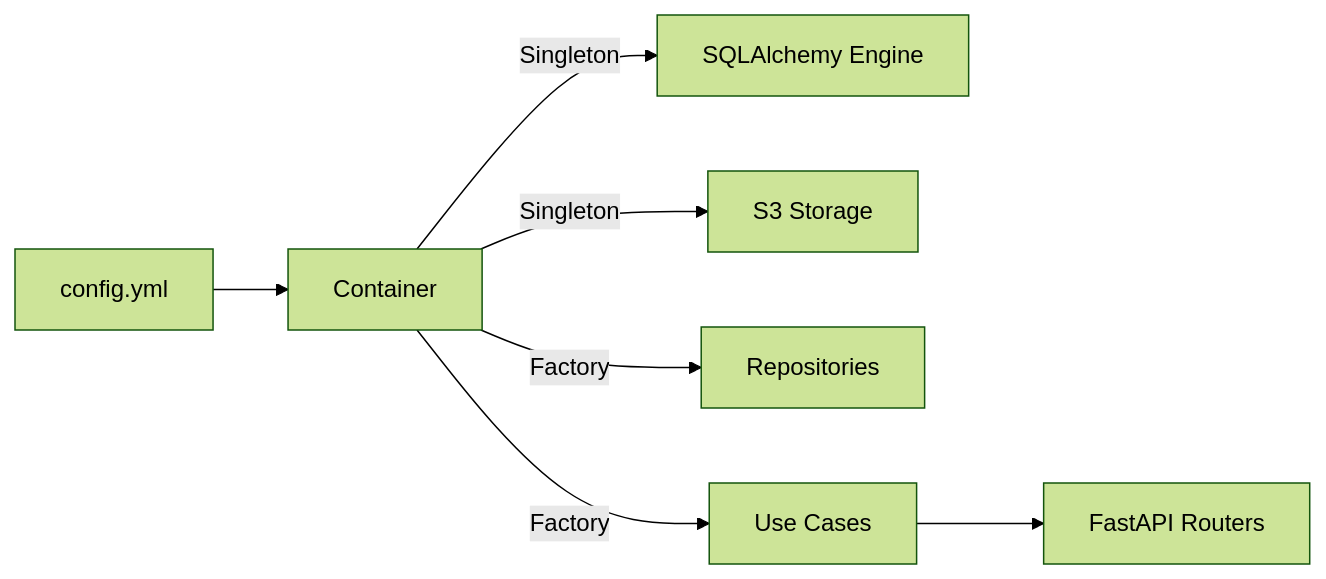
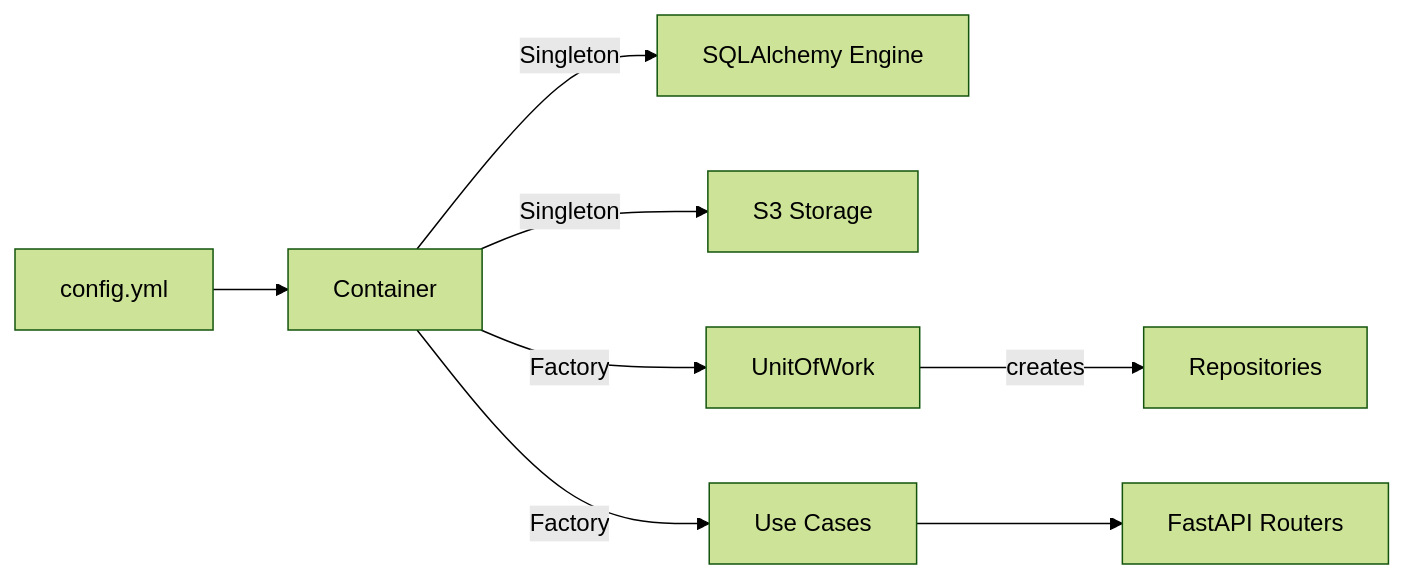
One commit to pablo-campillo/ulabel changed the third of 3 diagrams in backend/docs/explanation/architecture.md. Above: the diagram before and after it, drawn with Mermaid (forest theme). The commit also changed other lines of this file and 57 other files, not shown here.

````diff
--- a/backend/docs/explanation/architecture.md
+++ b/backend/docs/explanation/architecture.md
@@ -136,9 +136,10 @@
 ```mermaid
 graph LR
     Config[config.yml] --> Container
     Container -->|Singleton| Engine[SQLAlchemy Engine]
     Container -->|Singleton| StorageSvc[S3 Storage]
-    Container -->|Factory| Repos[Repositories]
+    Container -->|Factory| UoW[UnitOfWork]
+    UoW -->|creates| Repos[Repositories]
     Container -->|Factory| UseCases[Use Cases]
     UseCases --> Routers[FastAPI Routers]
 ```
````
